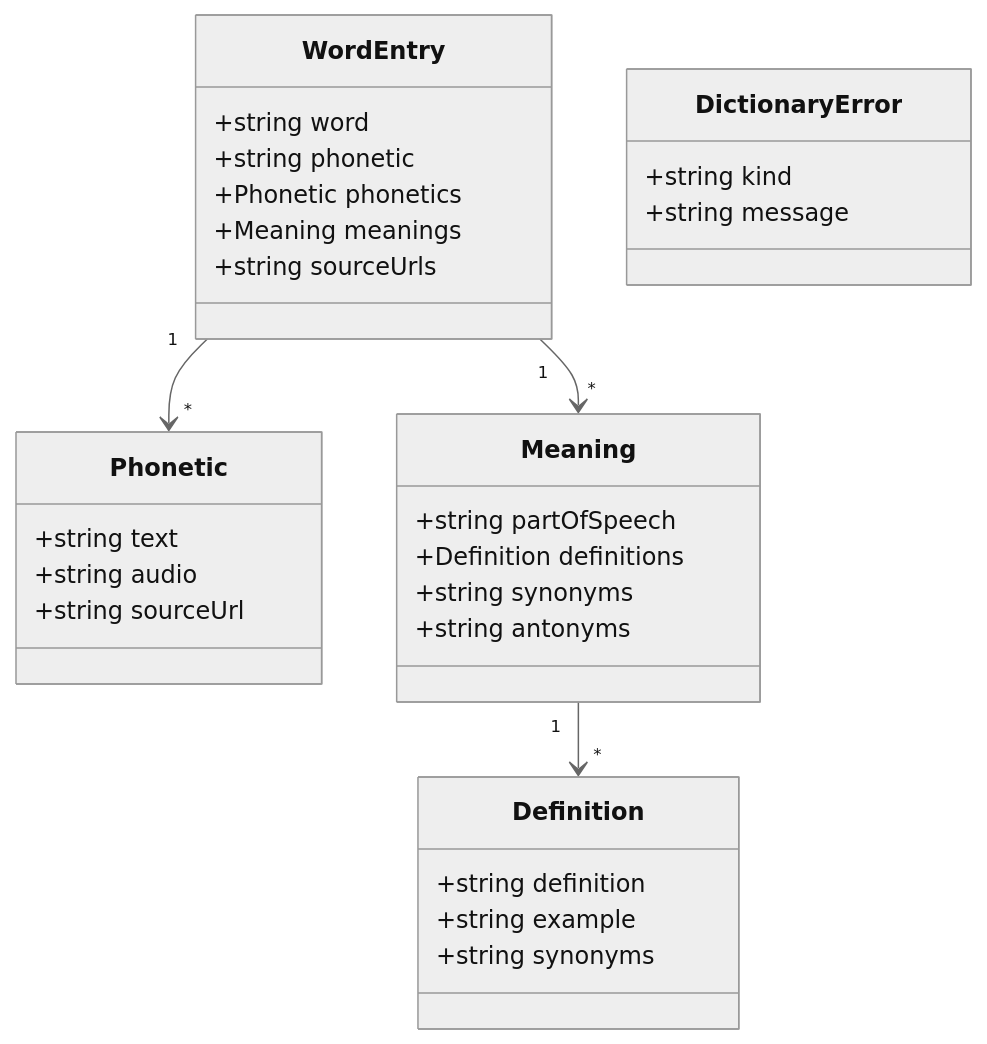
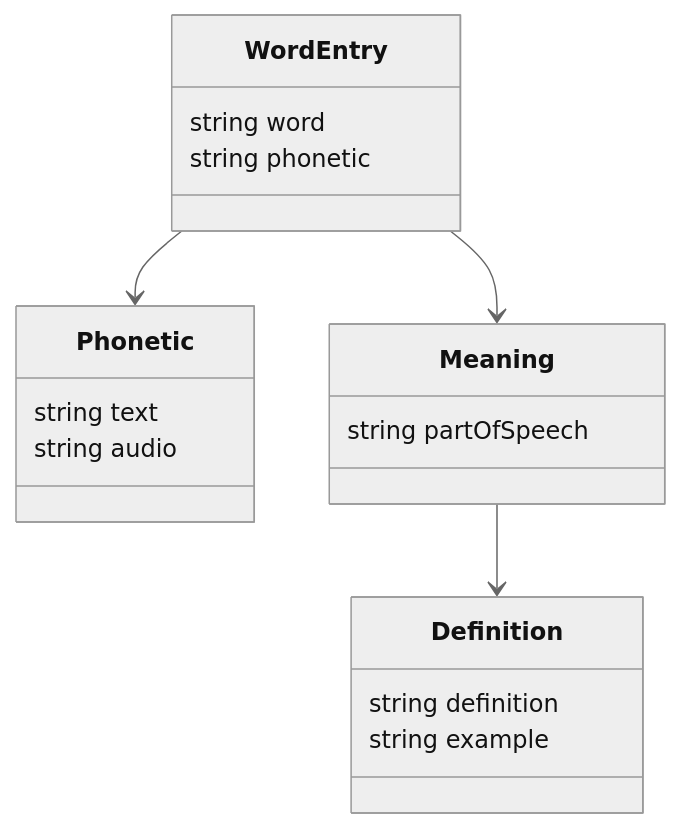
The fourth of 4 diagrams in docs/data-flow.md (Irere123/expo-template), drawn with Mermaid (neutral theme) before and after one commit. The commit also changed other lines of this file and 5 other files, not shown here.

First line of the commit message:
docs: tighten prose and make diagrams Excalidraw-friendly

````diff
--- a/docs/data-flow.md
+++ b/docs/data-flow.md
@@ -135,33 +51,21 @@
 ```mermaid
 classDiagram
-    class WordEntry {
-        +string word
-        +string phonetic
-        +Phonetic phonetics
-        +Meaning meanings
-        +string sourceUrls
-    }
-    class Phonetic {
-        +string text
-        +string audio
-        +string sourceUrl
-    }
-    class Meaning {
-        +string partOfSpeech
-        +Definition definitions
-        +string synonyms
-        +string antonyms
-    }
-    class Definition {
-        +string definition
-        +string example
-        +string synonyms
-    }
-    class DictionaryError {
-        +string kind
-        +string message
-    }
-    WordEntry "1" --> "*" Phonetic
-    WordEntry "1" --> "*" Meaning
-    Meaning "1" --> "*" Definition
+  class WordEntry {
+    string word
+    string phonetic
+  }
+  class Phonetic {
+    string text
+    string audio
+  }
+  class Meaning {
+    string partOfSpeech
+  }
+  class Definition {
+    string definition
+    string example
+  }
+  WordEntry --> Phonetic
+  WordEntry --> Meaning
+  Meaning --> Definition
 ```
````
